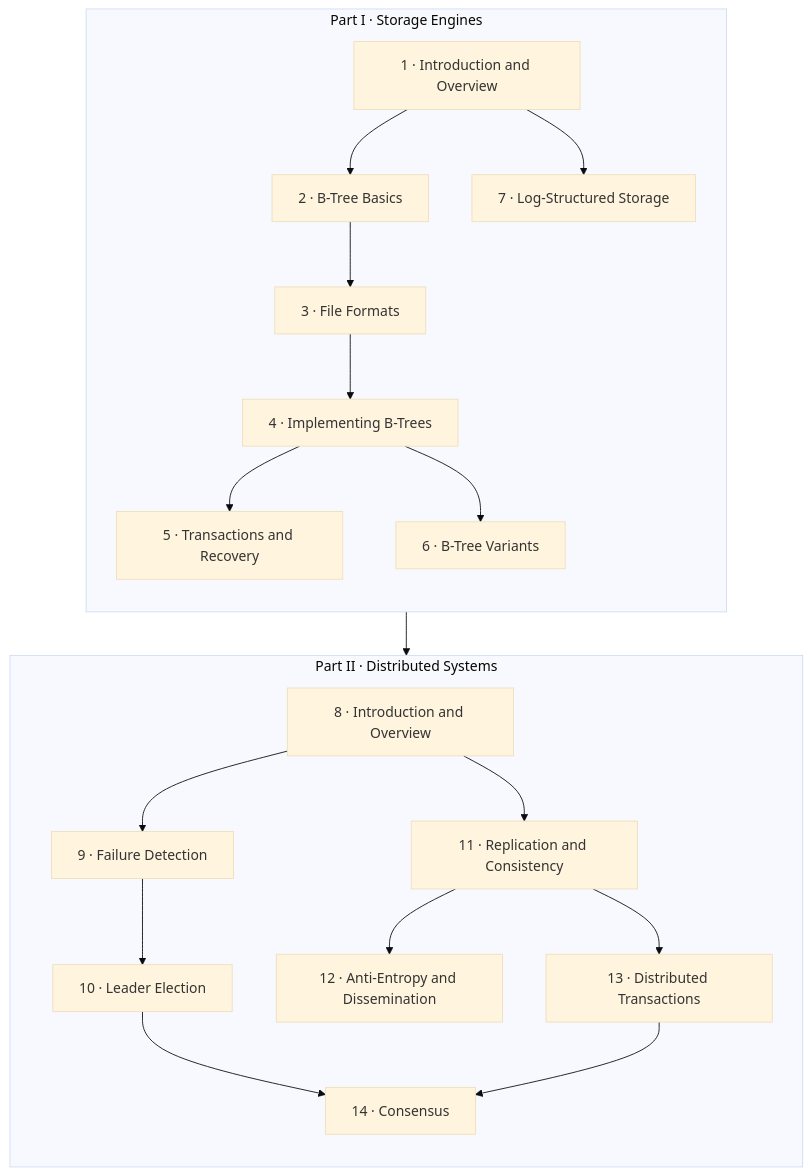
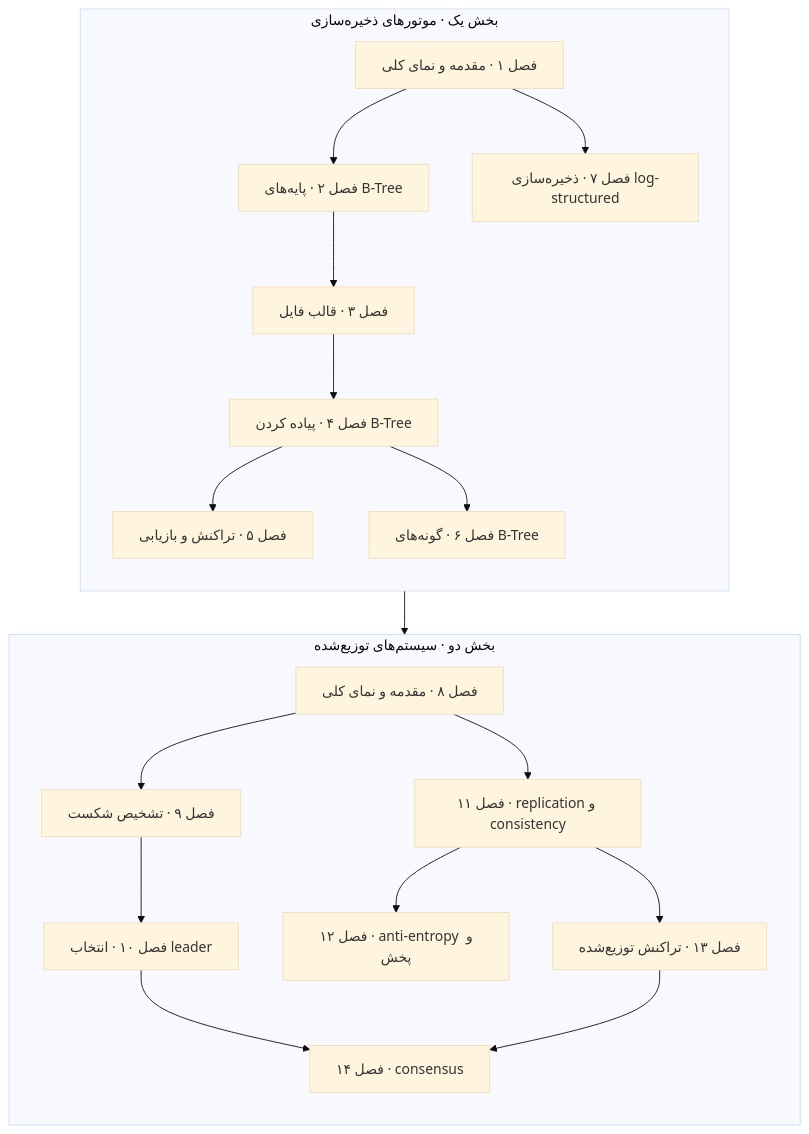
The diagram in books/database-internals/README.md (AlirezaHanifi/knowledge-vault), drawn with Mermaid (base theme) before and after one commit. The commit also changed other lines of this file and 55 other files, not shown here.

````diff
--- a/books/database-internals/README.md
+++ b/books/database-internals/README.md
@@ -43,18 +44,18 @@
 ```mermaid
 flowchart TB
-    subgraph P1["Part I · Storage Engines"]
+    subgraph P1["بخش یک · موتورهای ذخیره‌سازی"]
       direction TB
-      C1["1 · Introduction and Overview"] --> C2["2 · B-Tree Basics"] --> C3["3 · File Formats"] --> C4["4 · Implementing B-Trees"]
-      C4 --> C5["5 · Transactions and Recovery"]
-      C4 --> C6["6 · B-Tree Variants"]
-      C1 --> C7["7 · Log-Structured Storage"]
+      C1["فصل ۱ · مقدمه و نمای کلی"] --> C2["فصل ۲ · پایه‌های B-Tree"] --> C3["فصل ۳ · قالب فایل"] --> C4["فصل ۴ · پیاده کردن B-Tree"]
+      C4 --> C5["فصل ۵ · تراکنش و بازیابی"]
+      C4 --> C6["فصل ۶ · گونه‌های B-Tree"]
+      C1 --> C7["فصل ۷ · ذخیره‌سازی log-structured"]
     end
-    subgraph P2["Part II · Distributed Systems"]
+    subgraph P2["بخش دو · سیستم‌های توزیع‌شده"]
       direction TB
-      C8["8 · Introduction and Overview"] --> C9["9 · Failure Detection"] --> C10["10 · Leader Election"]
-      C8 --> C11["11 · Replication and Consistency"] --> C12["12 · Anti-Entropy and Dissemination"]
-      C10 --> C14["14 · Consensus"]
-      C11 --> C13["13 · Distributed Transactions"] --> C14
+      C8["فصل ۸ · مقدمه و نمای کلی"] --> C9["فصل ۹ · تشخیص شکست"] --> C10["فصل ۱۰ · انتخاب leader"]
+      C8 --> C11["فصل ۱۱ · replication و consistency"] --> C12["فصل ۱۲ · anti-entropy و پخش"]
+      C10 --> C14["فصل ۱۴ · consensus"]
+      C11 --> C13["فصل ۱۳ · تراکنش توزیع‌شده"] --> C14
     end
     P1 --> P2
 ```
````
